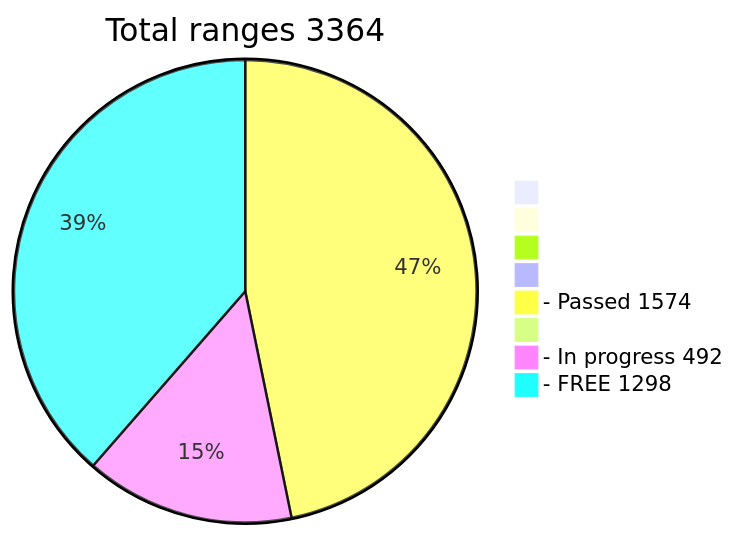
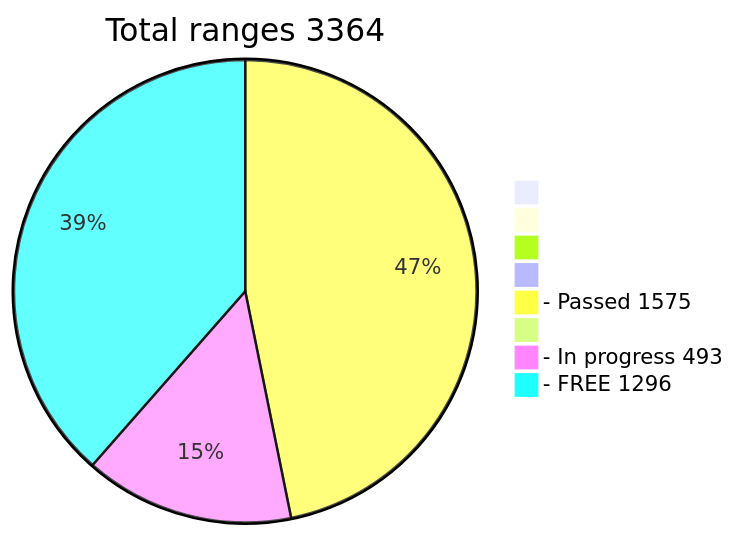
Before and after one commit to phrutis/wif500: the diagram in README.md, drawn with Mermaid.

````diff
--- a/README.md
+++ b/README.md
@@ -16,12 +16,12 @@
 ```mermaid
 pie title Total ranges 3364
              " " : 0
             "  " : 0
            "   " : 0
           "    " : 0
-  "- Passed 1574" : 1574
+  "- Passed 1575" : 1575
          "     " : 0
-  "- In progress 492" : 492
-   "- FREE 1298" : 1298
+  "- In progress 493" : 493
+   "- FREE 1296" : 1296
    
 ```
````
